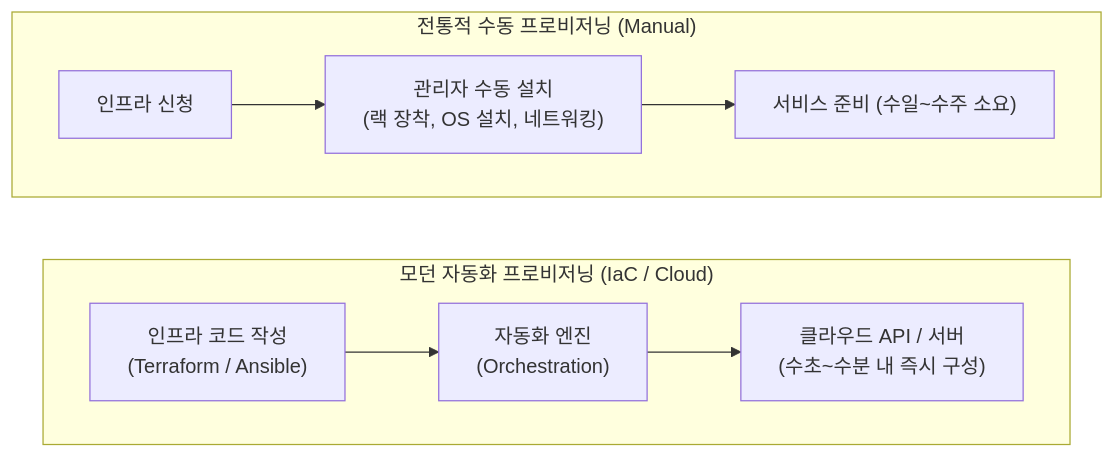
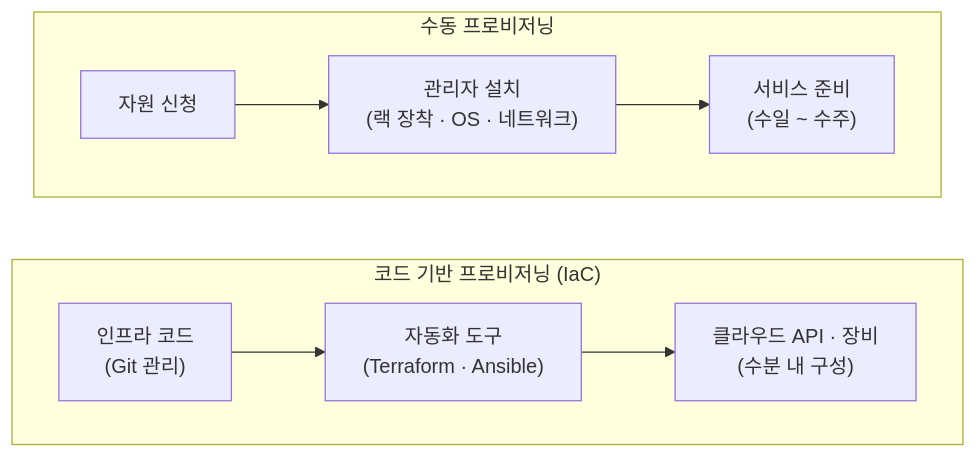
The diagram in content/01_IT Tech/프로비저닝.md (supremethumb/supremethumb.github.io), drawn with Mermaid before and after one commit. The commit also changed other lines of this file and 1087 other files, not shown here.

````diff
--- a/content/01_IT Tech/프로비저닝.md
+++ b/content/01_IT Tech/프로비저닝.md
@@ -23,15 +35,12 @@
 ```mermaid
 flowchart TB
-    subgraph Traditional ["전통적 수동 프로비저닝 (Manual)"]
+    subgraph M["수동 프로비저닝"]
         direction LR
-        Req["인프라 신청"] --> Human["관리자 수동 설치<br/>(랙 장착, OS 설치, 네트워킹)"] --> Ready["서비스 준비 (수일~수주 소요)"]
+        R["자원 신청"] --> H["관리자 설치<br/>(랙 장착 · OS · 네트워크)"] --> Y["서비스 준비<br/>(수일 ~ 수주)"]
     end
-
-    subgraph Modern ["모던 자동화 프로비저닝 (IaC / Cloud)"]
+    subgraph A["코드 기반 프로비저닝 (IaC)"]
         direction LR
-        Code["인프라 코드 작성<br/>(Terraform / Ansible)"] --> Engine["자동화 엔진<br/>(Orchestration)"] --> CloudAPI["클라우드 API / 서버<br/>(수초~수분 내 즉시 구성)"]
+        C["인프라 코드<br/>(Git 관리)"] --> E["자동화 도구<br/>(Terraform · Ansible)"] --> P["클라우드 API · 장비<br/>(수분 내 구성)"]
     end
-
-    Traditional ~~~ Modern
-
+    M ~~~ A
 ```
````
